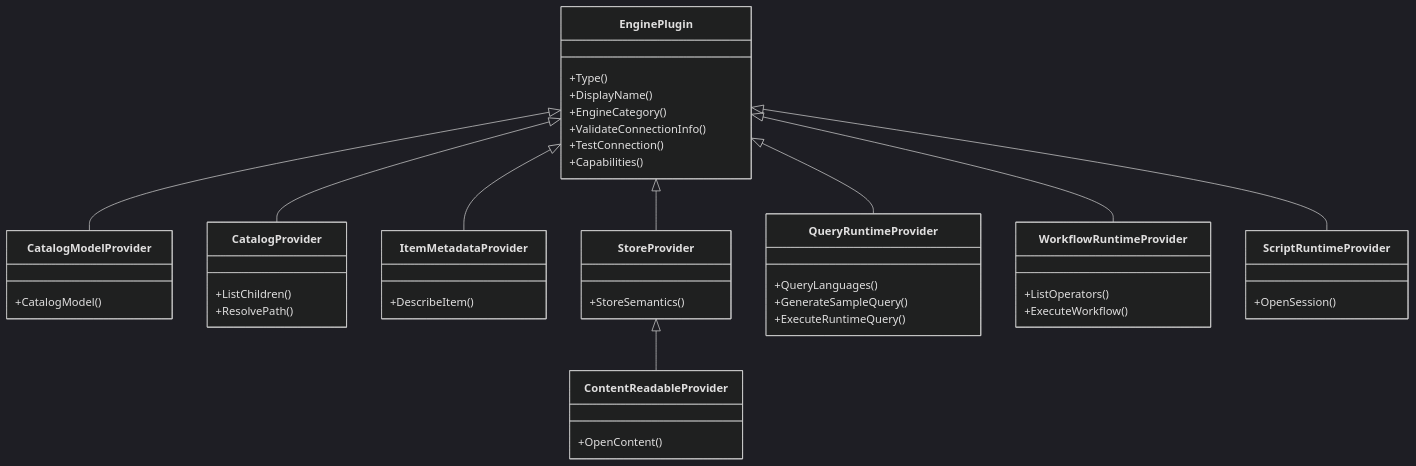
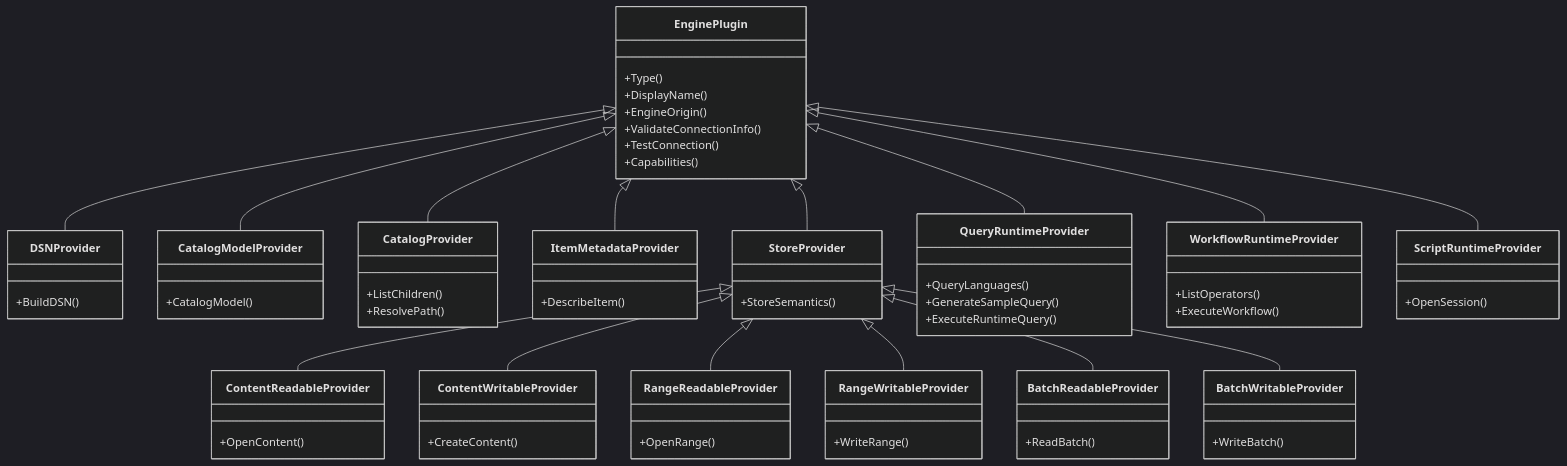
The second of 2 diagrams in docs/concepts/addp引擎体系图.md (pampa0629/addp), drawn with Mermaid (dark theme) before and after one commit. The commit also changed other lines of this file and 59 other files, not shown here.

```diff
--- a/docs/concepts/addp引擎体系图.md
+++ b/docs/concepts/addp引擎体系图.md
@@ -68,10 +68,14 @@
     class EnginePlugin {
         +Type()
         +DisplayName()
-        +EngineCategory()
+        +EngineOrigin()
         +ValidateConnectionInfo()
         +TestConnection()
         +Capabilities()
+    }
+
+    class DSNProvider {
+        +BuildDSN()
     }
 
     class CatalogModelProvider {
@@ -95,6 +99,26 @@
         +OpenContent()
     }
 
+    class ContentWritableProvider {
+        +CreateContent()
+    }
+
+    class RangeReadableProvider {
+        +OpenRange()
+    }
+
+    class RangeWritableProvider {
+        +WriteRange()
+    }
+
+    class BatchReadableProvider {
+        +ReadBatch()
+    }
+
+    class BatchWritableProvider {
+        +WriteBatch()
+    }
+
     class QueryRuntimeProvider {
         +QueryLanguages()
         +GenerateSampleQuery()
@@ -113,8 +137,14 @@
     EnginePlugin <|-- CatalogModelProvider
     EnginePlugin <|-- CatalogProvider
     EnginePlugin <|-- ItemMetadataProvider
+    EnginePlugin <|-- DSNProvider
     EnginePlugin <|-- StoreProvider
     StoreProvider <|-- ContentReadableProvider
+    StoreProvider <|-- ContentWritableProvider
+    StoreProvider <|-- RangeReadableProvider
+    StoreProvider <|-- RangeWritableProvider
+    StoreProvider <|-- BatchReadableProvider
+    StoreProvider <|-- BatchWritableProvider
     EnginePlugin <|-- QueryRuntimeProvider
     EnginePlugin <|-- WorkflowRuntimeProvider
     EnginePlugin <|-- ScriptRuntimeProvider
```
